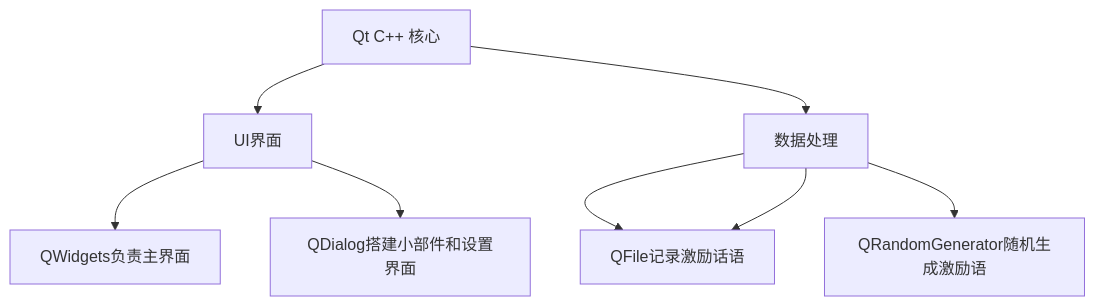
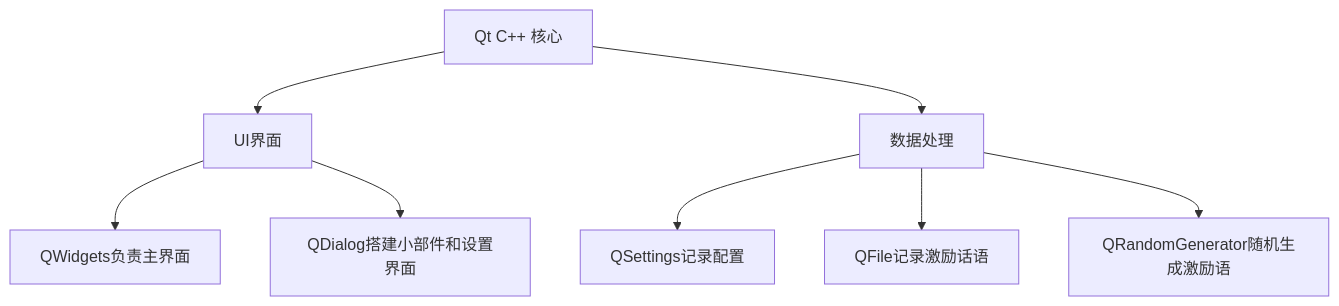
The diagram in README.md (BuBaiMengJ4/BattleForFuture), drawn with Mermaid before and after one commit.

````diff
--- a/README.md
+++ b/README.md
@@ -23,11 +23,11 @@
 ```mermaid
 graph TD
     A[Qt C++ 核心] --> B[UI界面]
     A --> C[数据处理]
     
     B --> E[QWidgets负责主界面]
     B --> F[QDialog搭建小部件和设置界面]
     C --> G[QSettings记录配置]
-    C --> G[QFile记录激励话语]
+    C --> H[QFile记录激励话语]
     C --> I[QRandomGenerator随机生成激励语]
 ```
````
